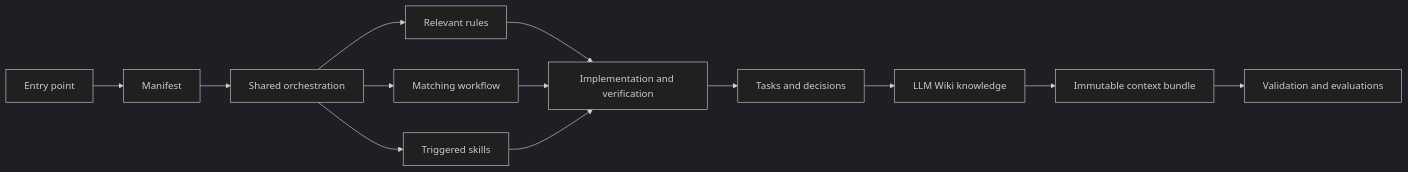
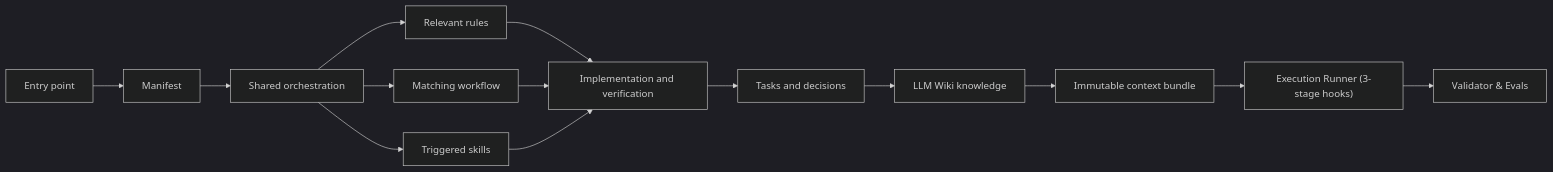
One commit to markromolecule/context-factory changed the diagram in docs/ARCHITECTURE.md. Above: the diagram before and after it, drawn with Mermaid (dark theme). The commit also changed other lines of this file and 26 other files, not shown here.

Commit message:
feat: implement AI evaluation harness with unified runner, provider adapters for LLM APIs, and schema-based validation.

````diff
--- a/docs/ARCHITECTURE.md
+++ b/docs/ARCHITECTURE.md
@@ -33,15 +35,16 @@
 ```mermaid
 flowchart LR
   E["Entry point"] --> M["Manifest"]
   M --> O["Shared orchestration"]
   O --> R["Relevant rules"]
   O --> F["Matching workflow"]
   O --> S["Triggered skills"]
   R --> W["Implementation and verification"]
   F --> W
   S --> W
   W --> D["Tasks and decisions"]
   D --> K["LLM Wiki knowledge"]
   K --> B["Immutable context bundle"]
-  B --> V["Validation and evaluations"]
+  B --> RN["Execution Runner (3-stage hooks)"]
+  RN --> V["Validator & Evals"]
 ```
````
